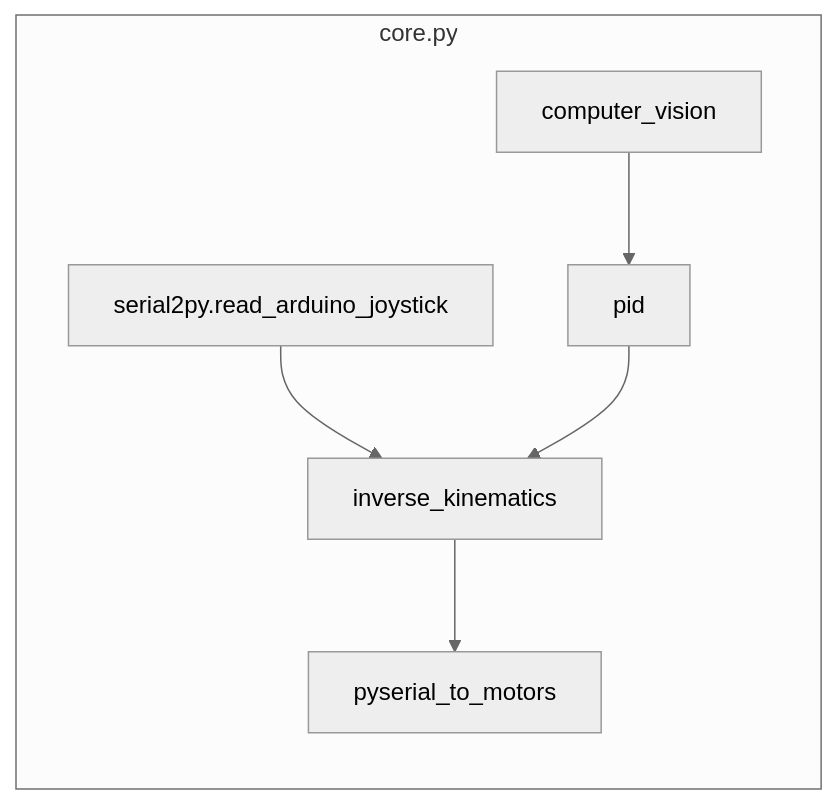
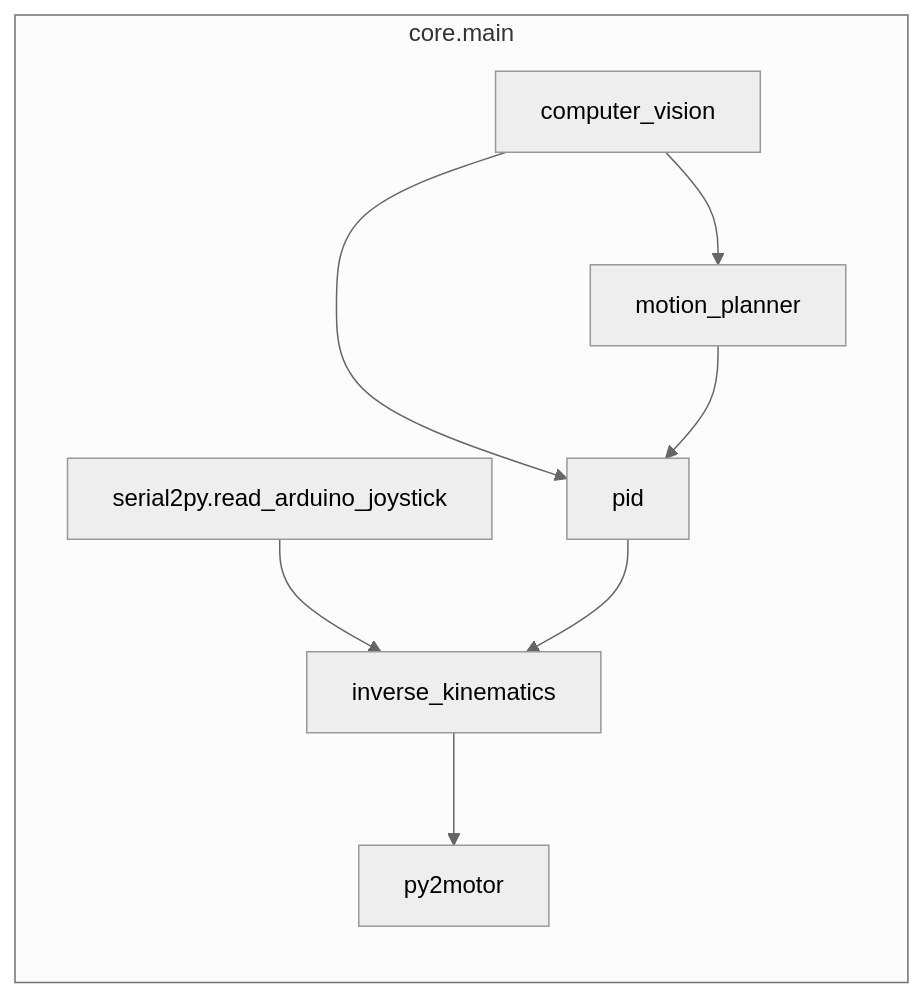
Before and after one commit to thomasonzhou/ball-balancing-software: the diagram in docs/architecture/core.md, drawn with Mermaid (neutral theme). The commit also changed 5 other files, not shown here.

````diff
--- a/docs/architecture/core.md
+++ b/docs/architecture/core.md
@@ -1,8 +1,11 @@
 ```mermaid
 flowchart LR
-    subgraph core.py
+    subgraph core.main
+
         serial2py.read_arduino_joystick --> inverse_kinematics
         computer_vision --> pid
-        pid --> inverse_kinematics --> pyserial_to_motors
+        computer_vision --> motion_planner
+        motion_planner --> pid
+        pid --> inverse_kinematics --> py2motor
     end
 ```
````
